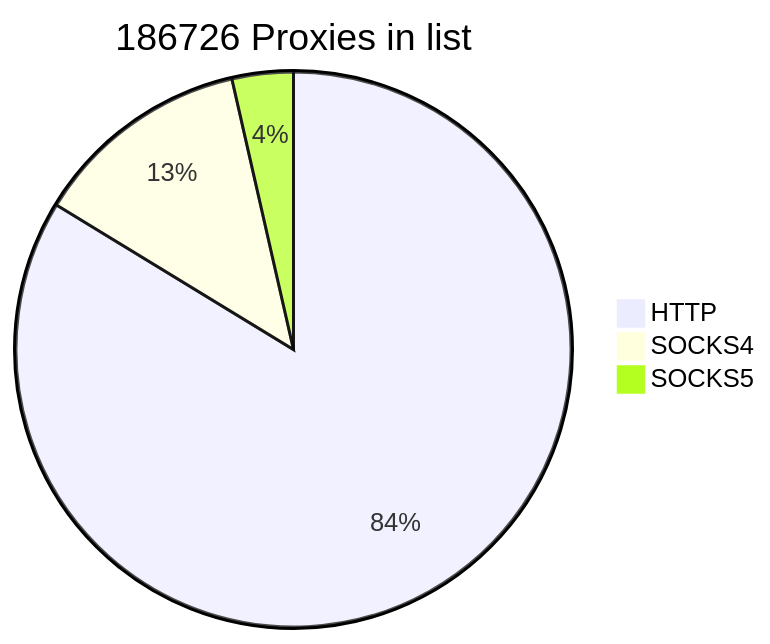
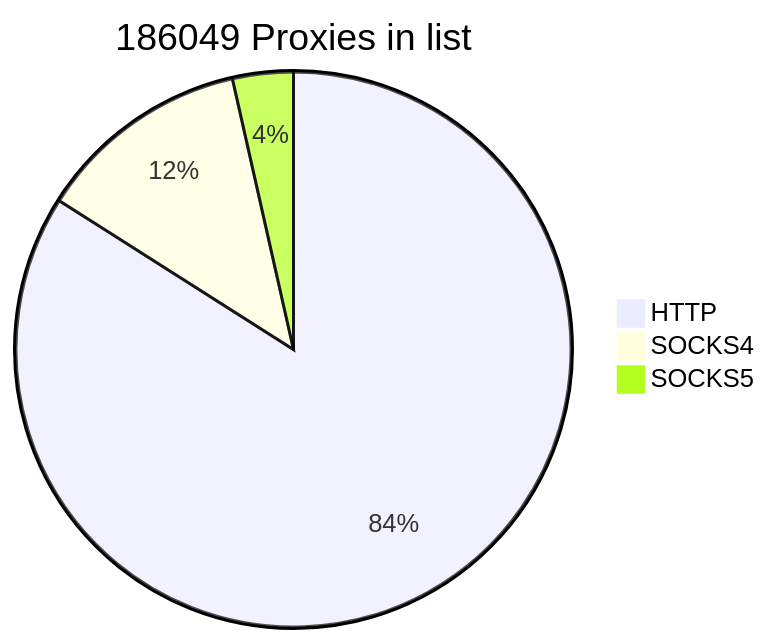
The first of 2 diagrams in README.md (cutipu/proxylist), drawn with Mermaid before and after one commit. The commit also changed other lines of this file, not shown here.

````diff
--- a/README.md
+++ b/README.md
@@ -2,7 +2,7 @@
 ```mermaid
-pie title 186726 Proxies in list
-    "HTTP" : 156315
-    "SOCKS4" : 23757
-    "SOCKS5" : 6654
+pie title 186049 Proxies in list
+    "HTTP" : 156298
+    "SOCKS4" : 23183
+    "SOCKS5" : 6568
             
 ```
````
